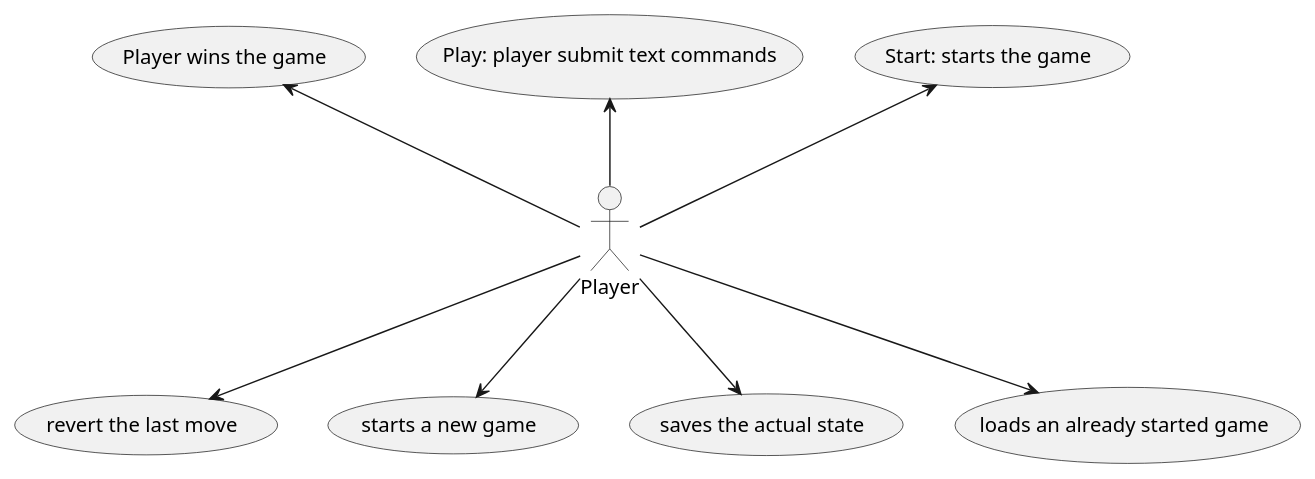
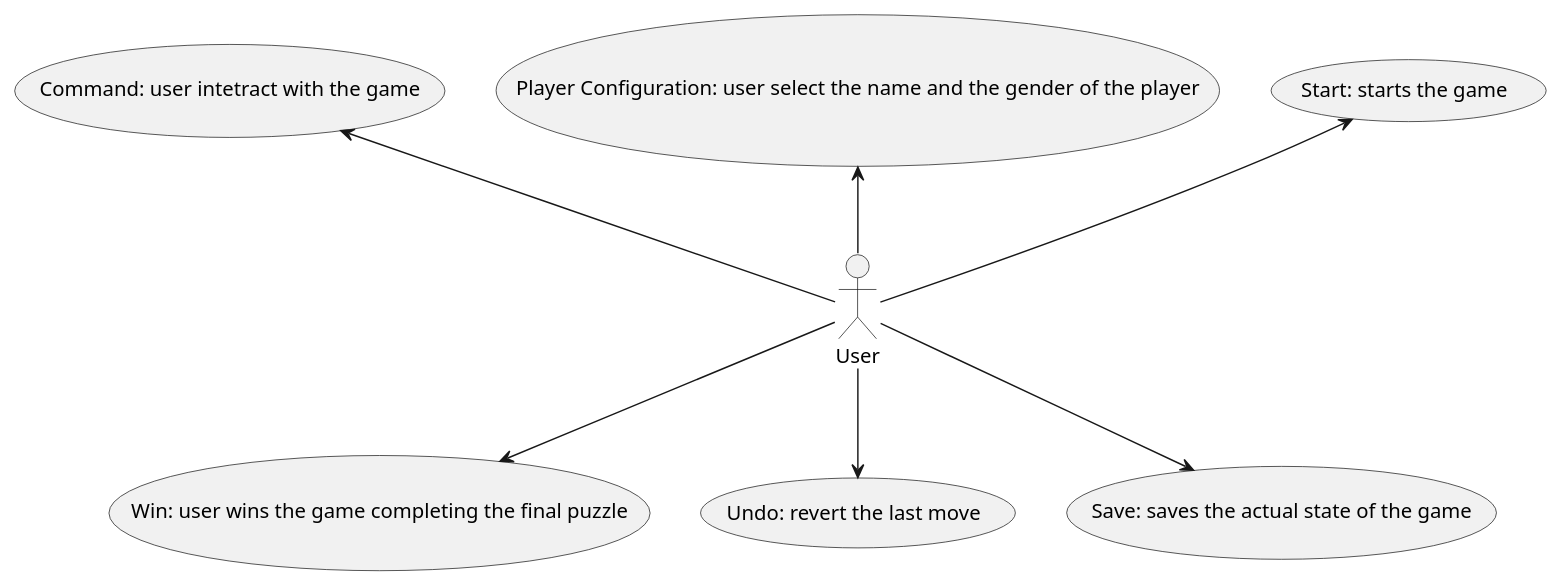
The diagram in docs/uml/UseCasesDiagram.plantuml (nardib/TextAdventure), drawn with PlantUML before and after one commit. The commit also changed 13 other files, not shown here.

Commit message:
updated diagrams

```diff
--- a/docs/uml/UseCasesDiagram.plantuml
+++ b/docs/uml/UseCasesDiagram.plantuml
@@ -1,19 +1,17 @@
 @startuml Use Case Diagram
 
 (Start: starts the game) as (start)
-(Play: player submit text commands) as (play)
-(Player wins the game) as (win)
-(revert the last move) as (undo)
-(starts a new game) as (reset)
-(saves the actual state) as (save)
-(loads an already started game) as (load)
+(Player Configuration: user select the name and the gender of the player) as (config)
+(Command: user intetract with the game) as (command)
+(Win: user wins the game completing the final puzzle) as (win)
+(Undo: revert the last move) as (undo)
+(Save: saves the actual state of the game) as (save)
 
-Player -up-> (start)
-Player -up-> (play)
-Player -up-> (win)
-Player -down-> (undo)
-Player -down-> (reset)
-Player -down-> (save)
-Player -down-> (load)
+User -up-> (start)
+User -up-> (config)
+User -up-> (command)
+User -down-> (win)
+User -down-> (undo)
+User -down-> (save)
 
 @enduml
```
